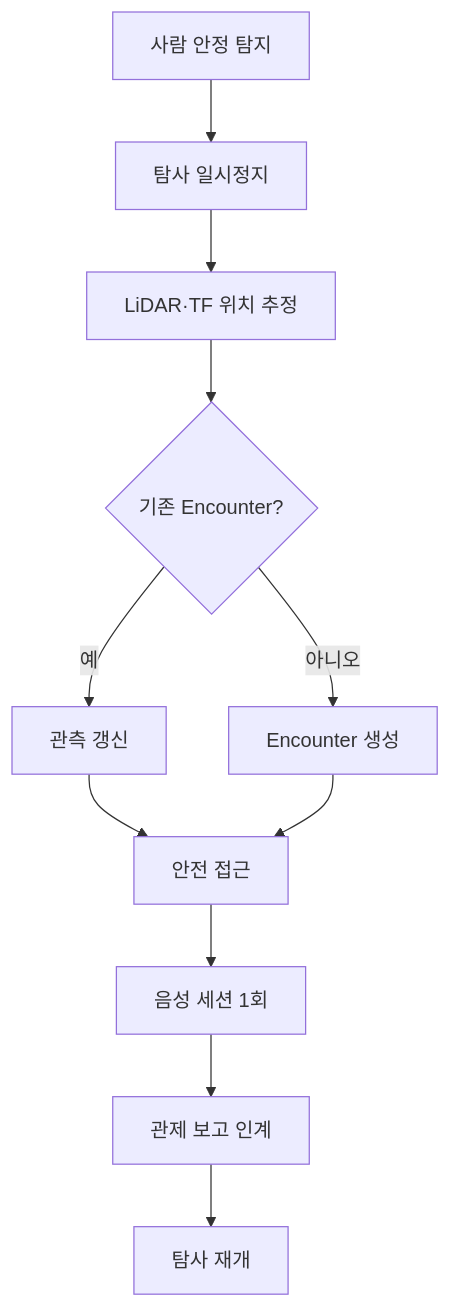
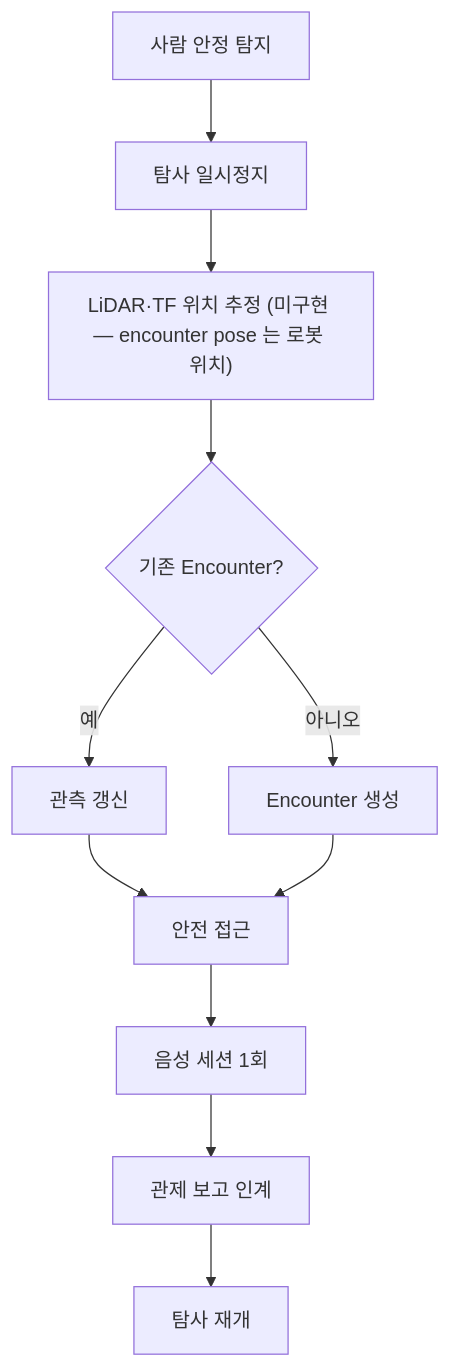
One commit to Common-AIOT/Sentinel-UGV changed the third of 3 diagrams in docs/07-AI-탐지.md. Above: the diagram before and after it, drawn with Mermaid. The commit also changed other lines of this file and 18 other files, not shown here.

````diff
--- a/docs/07-AI-탐지.md
+++ b/docs/07-AI-탐지.md
@@ -471,13 +484,13 @@
 ```mermaid
 flowchart TD
     detected["사람 안정 탐지"] --> pause["탐사 일시정지"]
-    pause --> locate["LiDAR·TF 위치 추정"]
+    pause --> locate["LiDAR·TF 위치 추정 (미구현 — encounter pose 는 로봇 위치)"]
     locate --> dedup{"기존 Encounter?"}
     dedup -->|예| update["관측 갱신"]
     dedup -->|아니오| create["Encounter 생성"]
     update --> approach["안전 접근"]
     create --> approach
     approach --> voice["음성 세션 1회"]
     voice --> report["관제 보고 인계"]
     report --> resume["탐사 재개"]
 ```
````
